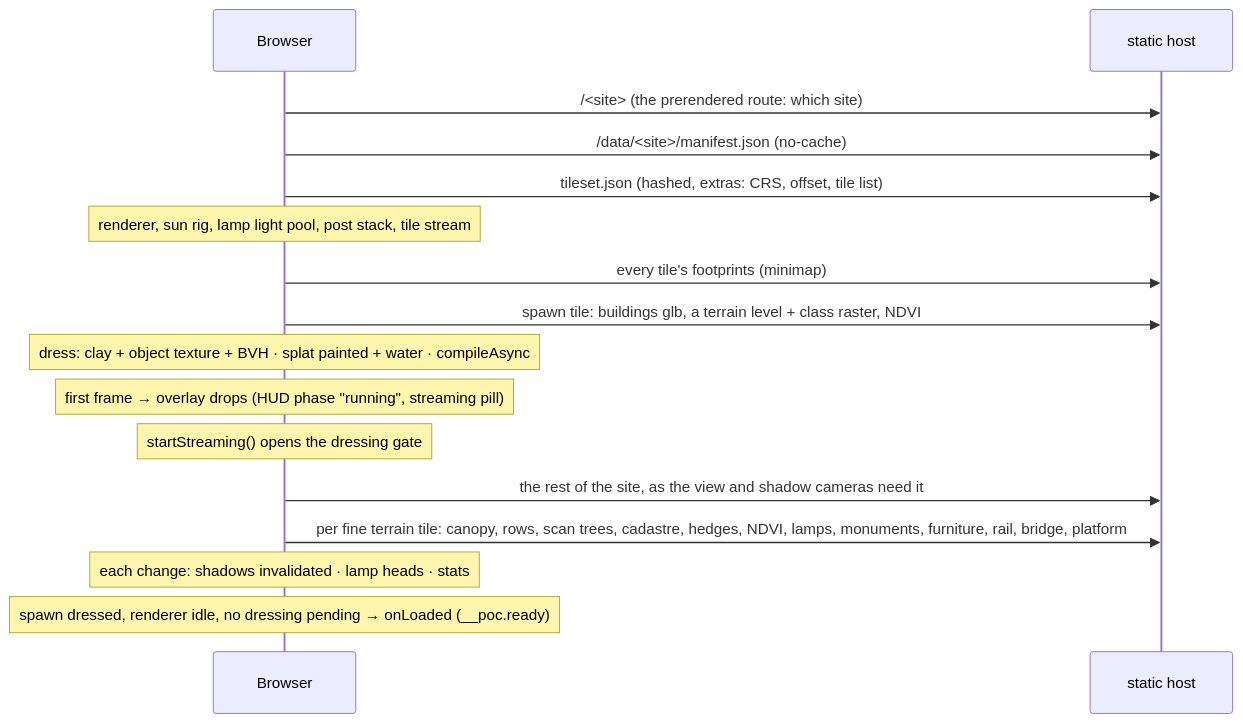
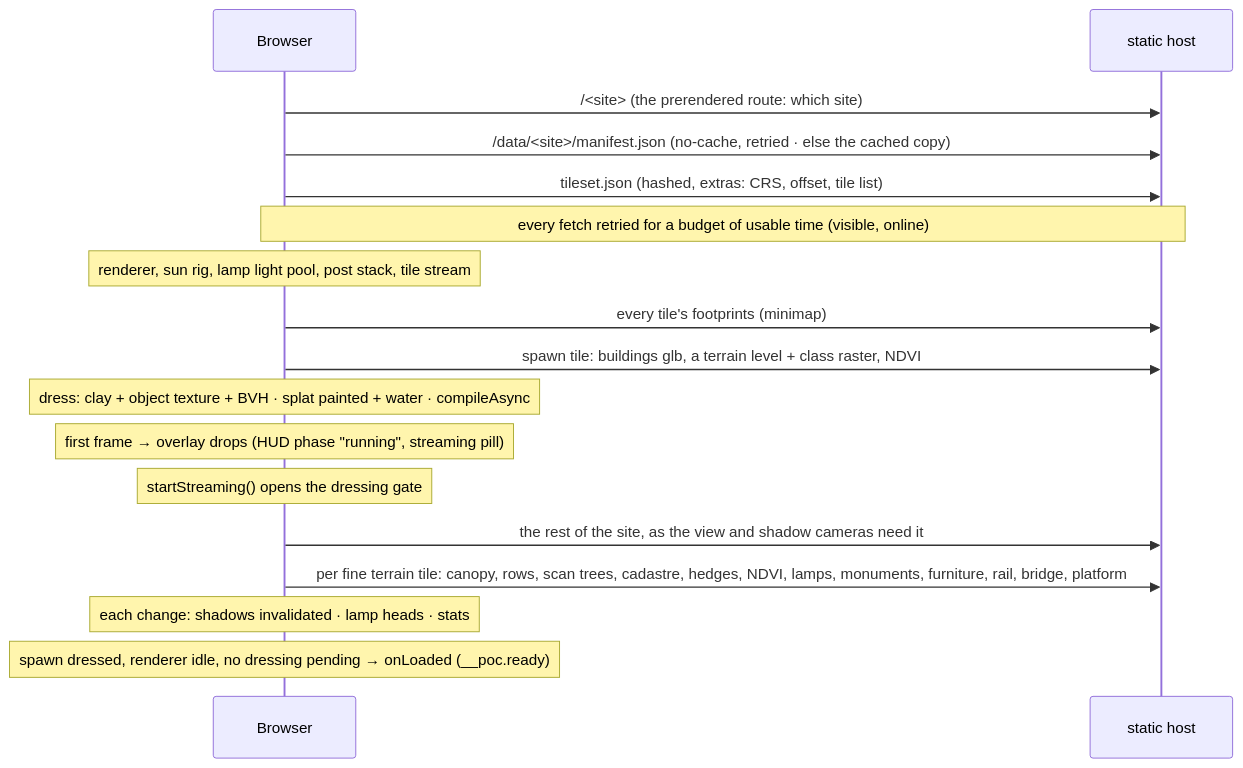
Before and after one commit to mdugue/bridge: the second of 2 diagrams in docs/rendering.md, drawn with Mermaid. The commit also changed other lines of this file and 4 other files, not shown here.

````diff
--- a/docs/rendering.md
+++ b/docs/rendering.md
@@ -573,18 +834,19 @@
 ```mermaid
 sequenceDiagram
   participant B as Browser
   participant S as static host
   B->>S: /<site> (the prerendered route: which site)
-  B->>S: /data/<site>/manifest.json (no-cache)
+  B->>S: /data/<site>/manifest.json (no-cache, retried · else the cached copy)
   B->>S: tileset.json (hashed, extras: CRS, offset, tile list)
+  Note over B,S: every fetch retried for a budget of usable time (visible, online)
   Note over B: renderer, sun rig, lamp light pool, post stack, tile stream
   B->>S: every tile's footprints (minimap)
   B->>S: spawn tile: buildings glb, a terrain level + class raster, NDVI
   Note over B: dress: clay + object texture + BVH · splat painted + water · compileAsync
   Note over B: first frame → overlay drops (HUD phase "running", streaming pill)
   Note over B: startStreaming() opens the dressing gate
   B->>S: the rest of the site, as the view and shadow cameras need it
   B->>S: per fine terrain tile: canopy, rows, scan trees, cadastre, hedges, NDVI, lamps, monuments, furniture, rail, bridge, platform
   Note over B: each change: shadows invalidated · lamp heads · stats
   Note over B: spawn dressed, renderer idle, no dressing pending → onLoaded (__poc.ready)
 ```
````
